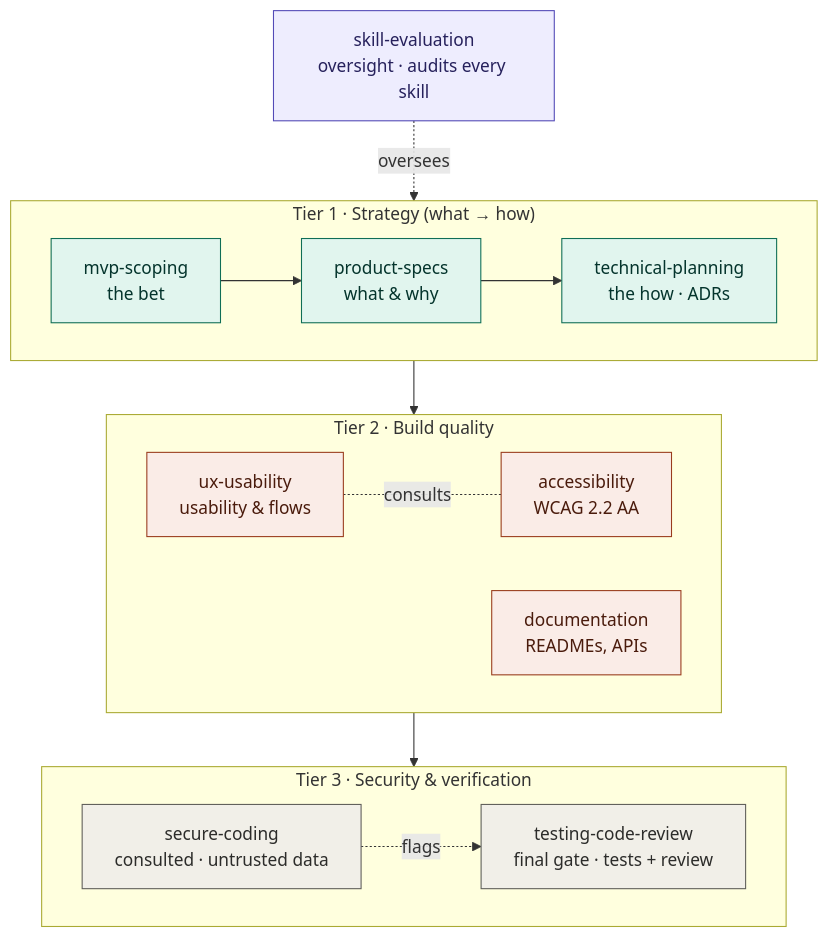
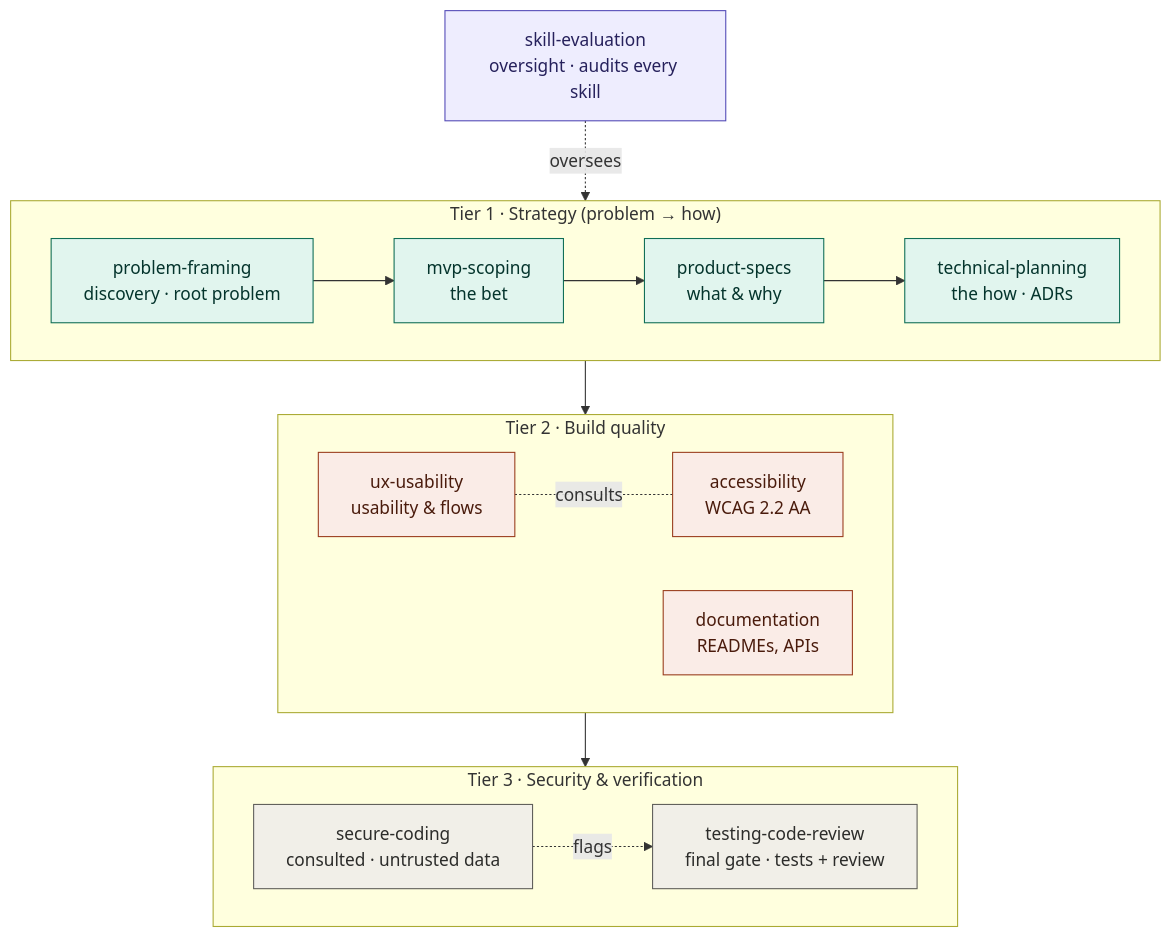
Before and after one commit to ValeriyaMetla/AI-Development-Residency: the diagram in docs/SKILLS-LIBRARY.md, drawn with Mermaid. The commit also changed other lines of this file, not shown here.

````diff
--- a/docs/SKILLS-LIBRARY.md
+++ b/docs/SKILLS-LIBRARY.md
@@ -113,33 +113,33 @@
 ```mermaid
 flowchart TD
     SE["skill-evaluation<br/>oversight · audits every skill"]
 
-    subgraph S["Tier 1 · Strategy (what → how)"]
+    subgraph S["Tier 1 · Strategy (problem → how)"]
       direction LR
-      MVP["mvp-scoping<br/>the bet"] --> PS["product-specs<br/>what & why"] --> TP["technical-planning<br/>the how · ADRs"]
+      PF["problem-framing<br/>discovery · root problem"] --> MVP["mvp-scoping<br/>the bet"] --> PS["product-specs<br/>what & why"] --> TP["technical-planning<br/>the how · ADRs"]
     end
 
     subgraph B["Tier 2 · Build quality"]
       direction LR
       UX["ux-usability<br/>usability & flows"] -. consults .- A["accessibility<br/>WCAG 2.2 AA"]
       D["documentation<br/>READMEs, APIs"]
     end
 
     subgraph G["Tier 3 · Security & verification"]
       direction LR
       SEC["secure-coding<br/>consulted · untrusted data"] -. flags .-> TCR["testing-code-review<br/>final gate · tests + review"]
     end
 
     SE -. oversees .-> S
     TP --> B
     B --> G
 
     classDef strat fill:#E1F5EE,stroke:#0F6E56,color:#04342C;
     classDef build fill:#FAECE7,stroke:#993C1D,color:#4A1B0C;
     classDef gate fill:#F1EFE8,stroke:#5F5E5A,color:#2C2C2A;
     classDef over fill:#EEEDFE,stroke:#534AB7,color:#26215C;
-    class MVP,PS,TP strat;
+    class PF,MVP,PS,TP strat;
     class UX,A,D build;
     class SEC,TCR gate;
     class SE over;
 ```
````
